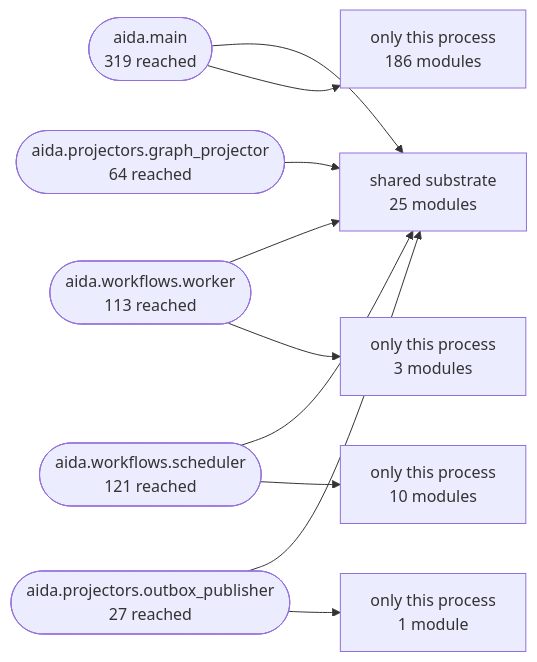
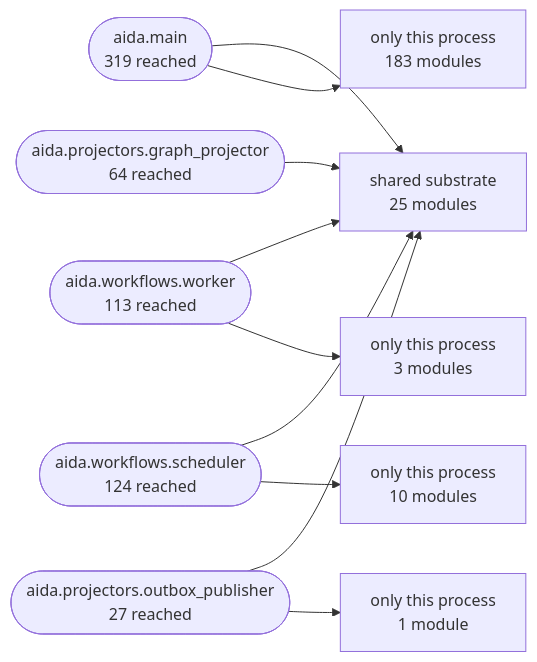
One commit to karuppusamym/AIDataAnalyst changed the second of 3 diagrams in Docs/10-architecture/14-generated-architecture-map.md. Above: the diagram before and after it, drawn with Mermaid. The commit also changed other lines of this file and 5 other files, not shown here.

````diff
--- a/Docs/10-architecture/14-generated-architecture-map.md
+++ b/Docs/10-architecture/14-generated-architecture-map.md
@@ -172,22 +172,22 @@
 ```mermaid
 graph LR
   shared["shared substrate<br/>25 modules"]
   aida_main(["aida.main<br/>319 reached"])
   aida_workflows_worker(["aida.workflows.worker<br/>113 reached"])
-  aida_workflows_scheduler(["aida.workflows.scheduler<br/>121 reached"])
+  aida_workflows_scheduler(["aida.workflows.scheduler<br/>124 reached"])
   aida_projectors_graph_projector(["aida.projectors.graph_projector<br/>64 reached"])
   aida_projectors_outbox_publisher(["aida.projectors.outbox_publisher<br/>27 reached"])
   aida_main --> shared
-  only_aida_main["only this process<br/>186 modules"]
+  only_aida_main["only this process<br/>183 modules"]
   aida_main --> only_aida_main
   aida_workflows_worker --> shared
   only_aida_workflows_worker["only this process<br/>3 modules"]
   aida_workflows_worker --> only_aida_workflows_worker
   aida_workflows_scheduler --> shared
   only_aida_workflows_scheduler["only this process<br/>10 modules"]
   aida_workflows_scheduler --> only_aida_workflows_scheduler
   aida_projectors_graph_projector --> shared
   aida_projectors_outbox_publisher --> shared
   only_aida_projectors_outbox_publisher["only this process<br/>1 module"]
   aida_projectors_outbox_publisher --> only_aida_projectors_outbox_publisher
 ```
````
